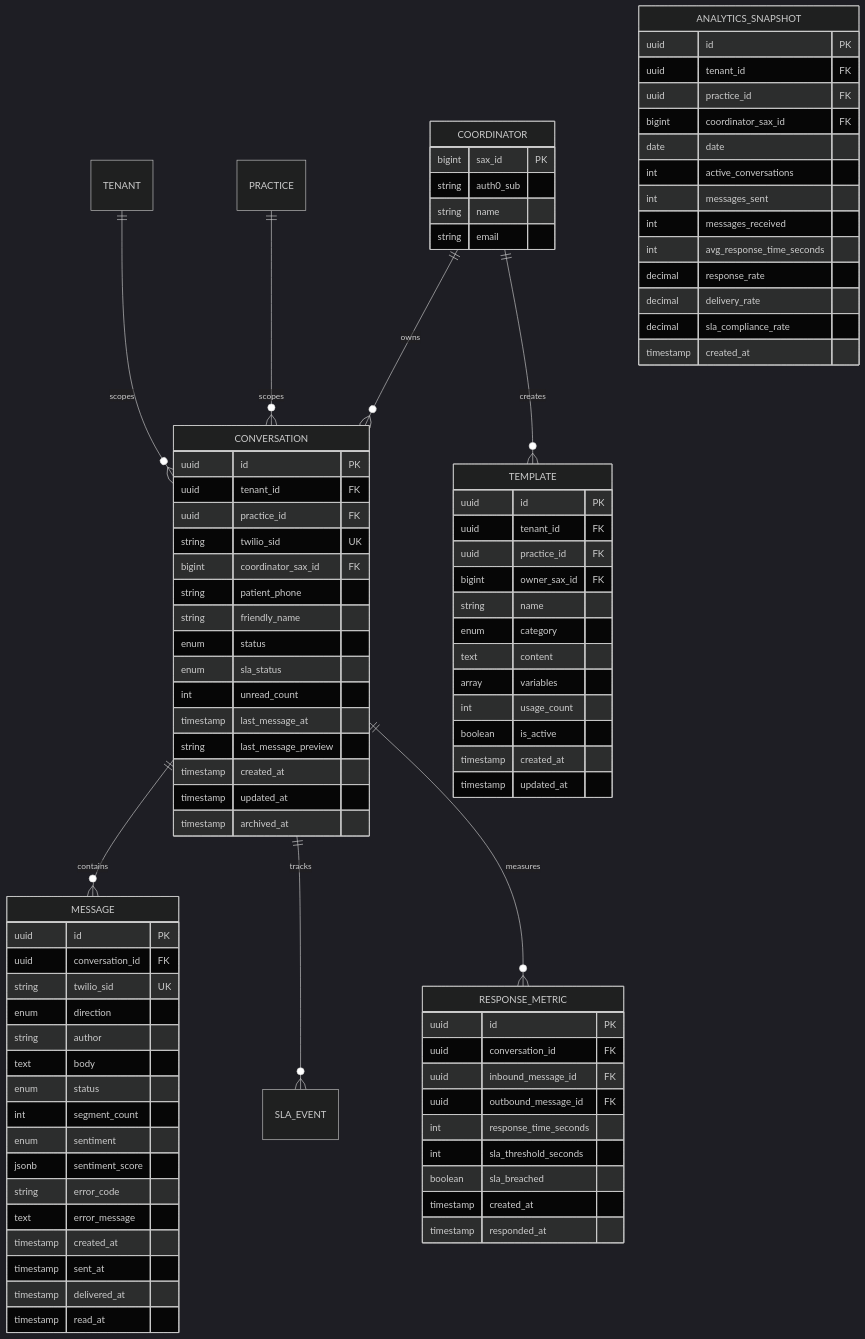
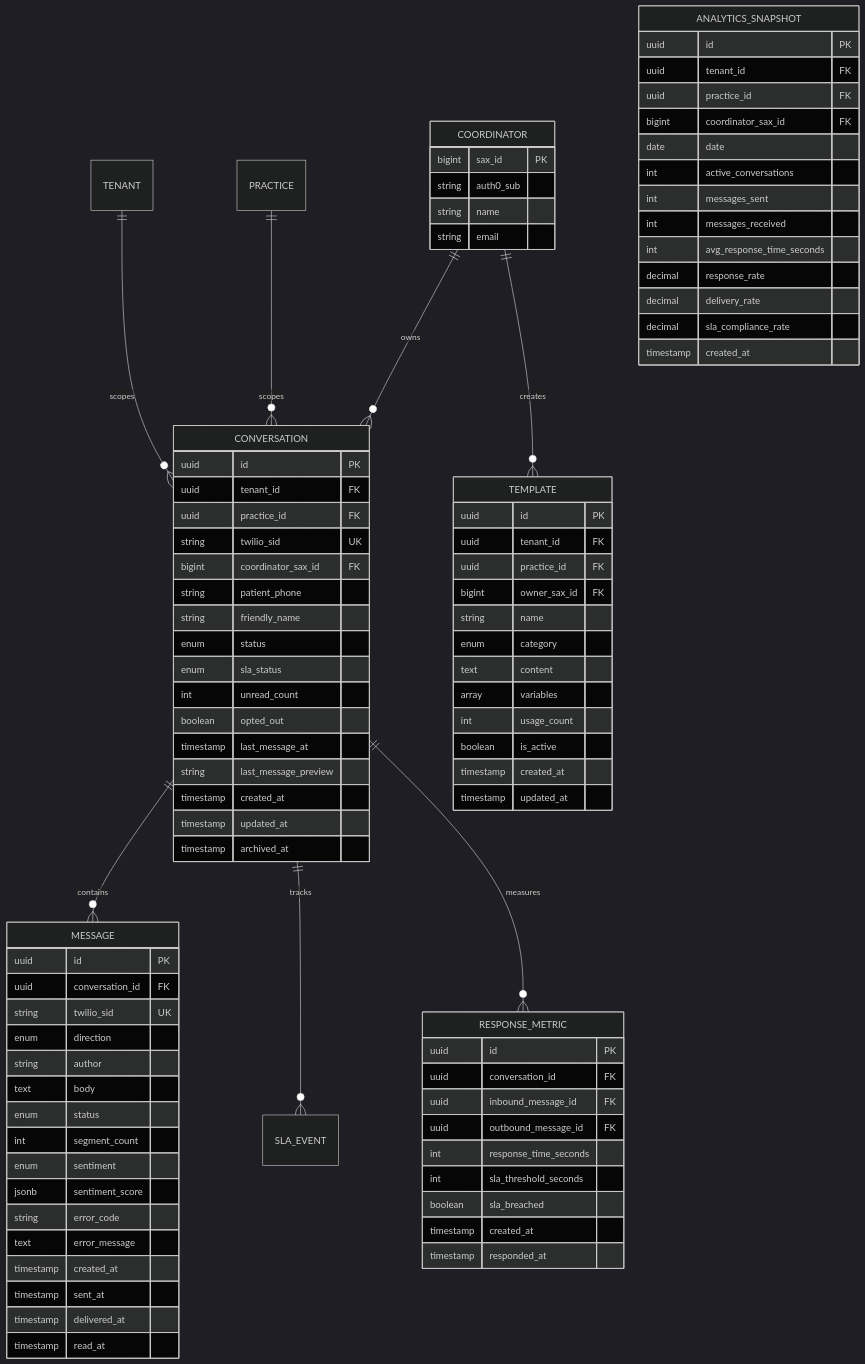
Before and after one commit to SleepArchitects/twilio-conversations-react: the first of 5 diagrams in specs/001-sms-outreach-integration/data-model.md, drawn with Mermaid (dark theme). The commit also changed other lines of this file and 2 other files, not shown here.

Commit message:
feat(sms-outreach): add patient opt-out and E.164 phone validation
Introduce `opted_out` field in `sms_threads` to track patient opt-out via 'STOP' messages (FR-004a).
Refine phone number validation (FR-004) to strictly enforce US E.164 format.
Update task list and documentation for Twilio BAA and database function references.

```diff
--- a/specs/001-sms-outreach-integration/data-model.md
+++ b/specs/001-sms-outreach-integration/data-model.md
@@ -38,6 +38,7 @@
         enum status
         enum sla_status
         int unread_count
+        boolean opted_out
         timestamp last_message_at
         string last_message_preview
         timestamp created_at
```
